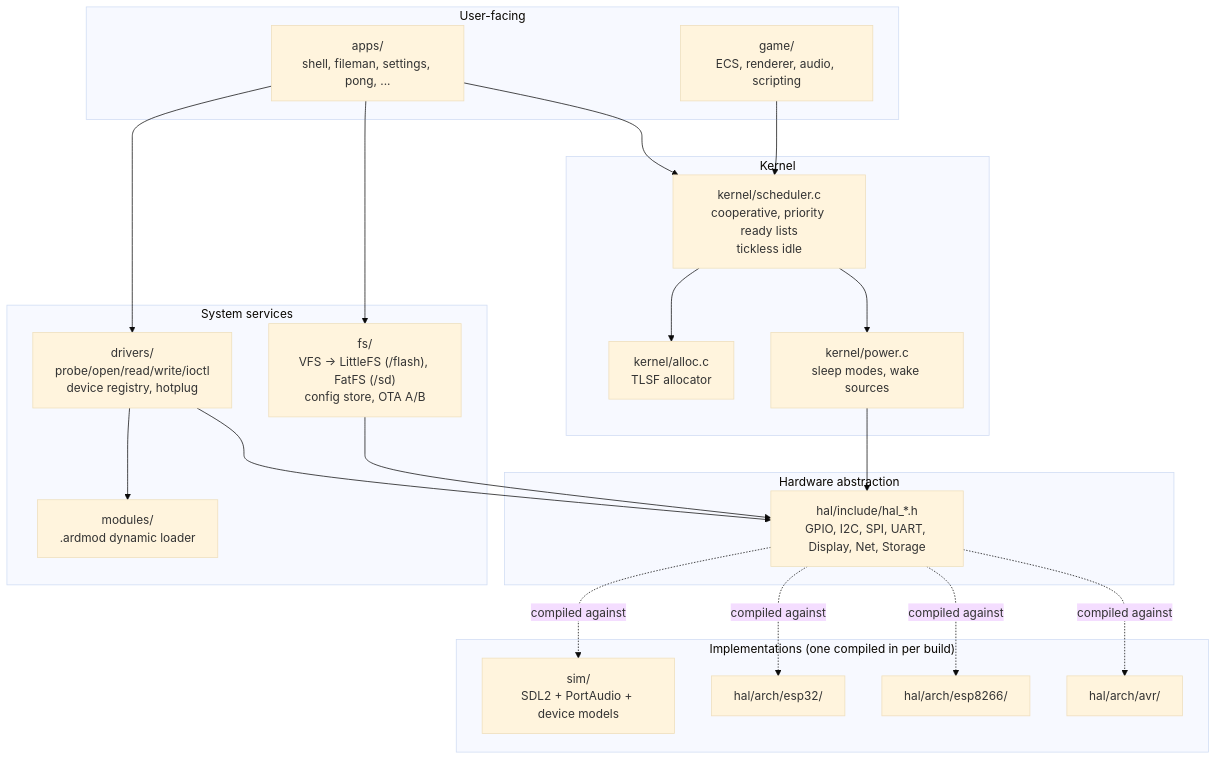
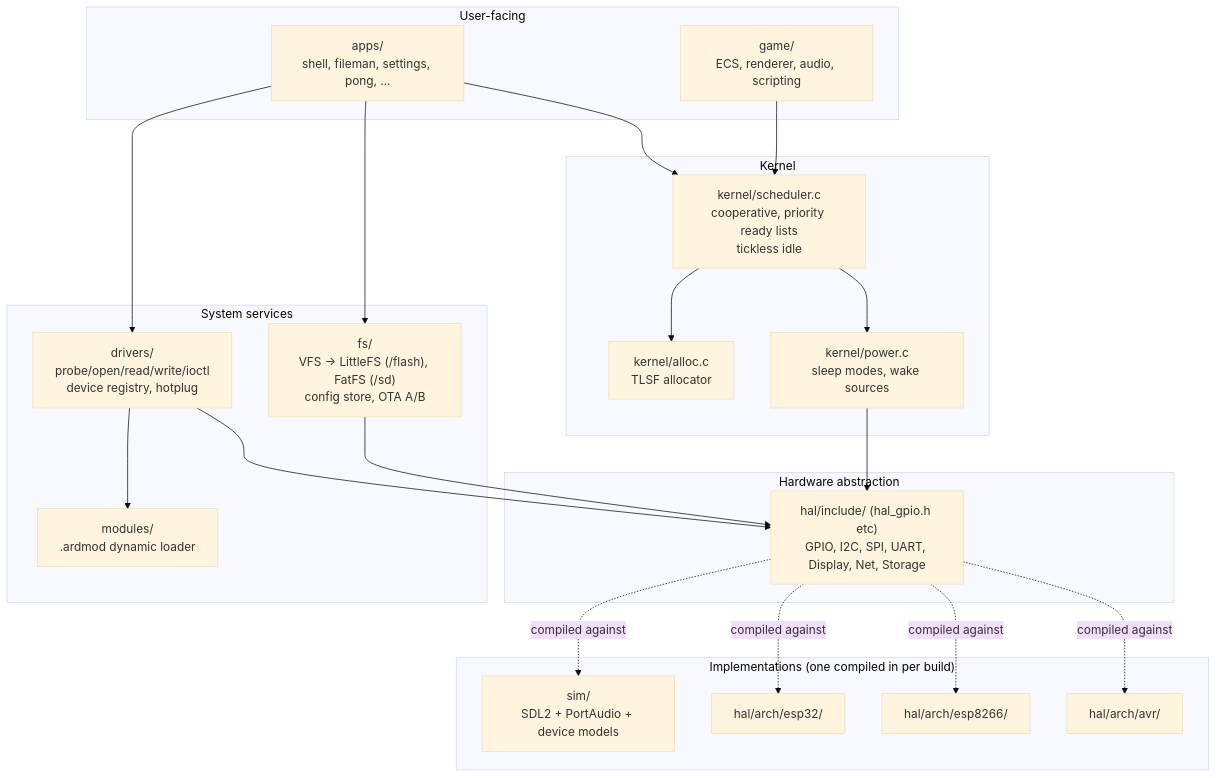
The first of 3 diagrams in docs/architecture.md (arashrasoulzadeh/tiny_device_os), drawn with Mermaid (base theme) before and after one commit. The commit also changed other lines of this file and 1 other file, not shown here.

First paragraph of the commit message:
fix: Mermaid diagrams actually failing to render on the live docs site
User reported "Syntax error in text / mermaid version 10.9.8" on all
three diagrams at the deployed architecture page. Reproduced locally
and root-caused via the browser console rather than guessing:

````diff
--- a/docs/architecture.md
+++ b/docs/architecture.md
@@ -24,45 +24,45 @@
 ```mermaid
 flowchart TB
     subgraph user["User-facing"]
         apps["apps/<br/>shell, fileman, settings, pong, ..."]
         game["game/<br/>ECS, renderer, audio, scripting"]
     end
 
     subgraph system["System services"]
         drivers["drivers/<br/>probe/open/read/write/ioctl<br/>device registry, hotplug"]
         modules["modules/<br/>.ardmod dynamic loader"]
         fs["fs/<br/>VFS -> LittleFS (/flash), FatFS (/sd)<br/>config store, OTA A/B"]
     end
 
     subgraph core["Kernel"]
         sched["kernel/scheduler.c<br/>cooperative, priority ready lists<br/>tickless idle"]
         alloc["kernel/alloc.c<br/>TLSF allocator"]
         power["kernel/power.c<br/>sleep modes, wake sources"]
     end
 
     subgraph hw["Hardware abstraction"]
-        hal["hal/include/hal_*.h<br/>GPIO, I2C, SPI, UART, Display, Net, Storage"]
+        hal["hal/include/ (hal_gpio.h etc)<br/>GPIO, I2C, SPI, UART, Display, Net, Storage"]
     end
 
     subgraph impls["Implementations (one compiled in per build)"]
         sim["sim/<br/>SDL2 + PortAudio + device models"]
         esp32["hal/arch/esp32/"]
         esp8266["hal/arch/esp8266/"]
         avr["hal/arch/avr/"]
     end
 
     apps --> drivers
     apps --> fs
     apps --> sched
     game --> sched
     drivers --> modules
     drivers --> hal
     fs --> hal
     sched --> alloc
     sched --> power
     power --> hal
-    hal -.compiled against.-> sim
-    hal -.compiled against.-> esp32
-    hal -.compiled against.-> esp8266
-    hal -.compiled against.-> avr
+    hal -. compiled against .-> sim
+    hal -. compiled against .-> esp32
+    hal -. compiled against .-> esp8266
+    hal -. compiled against .-> avr
 ```
````
